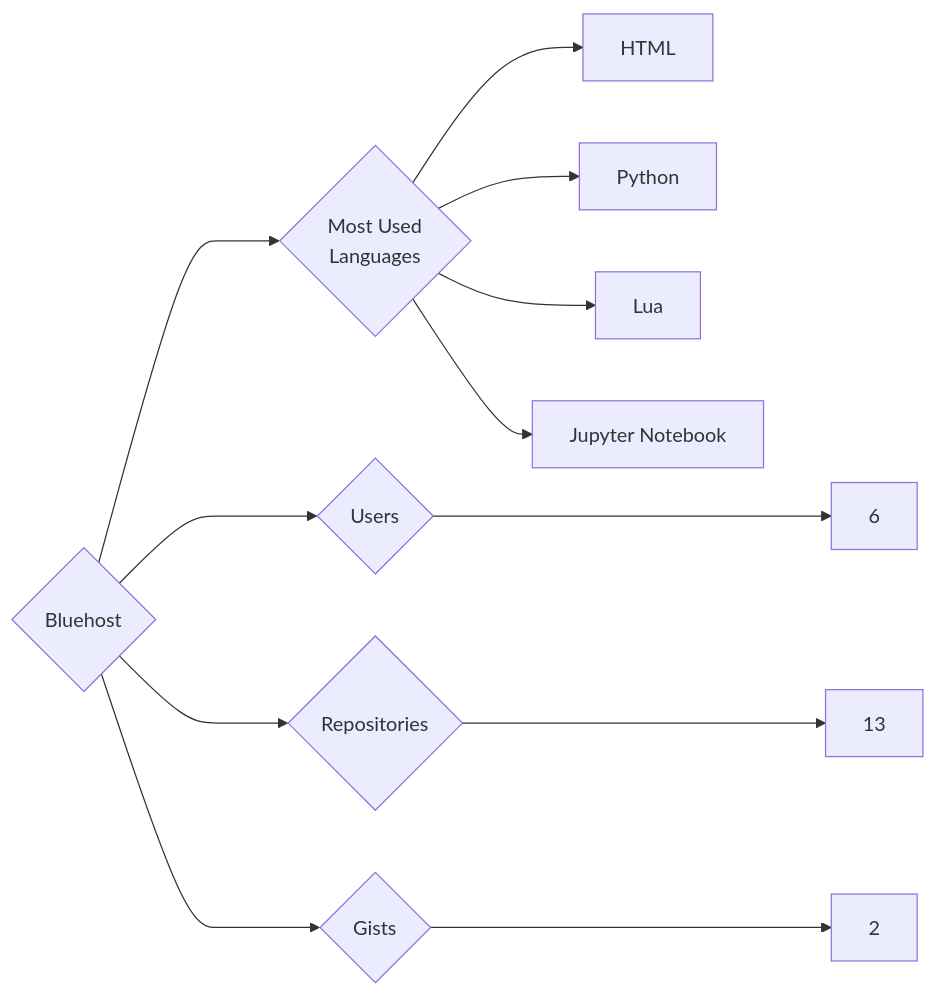
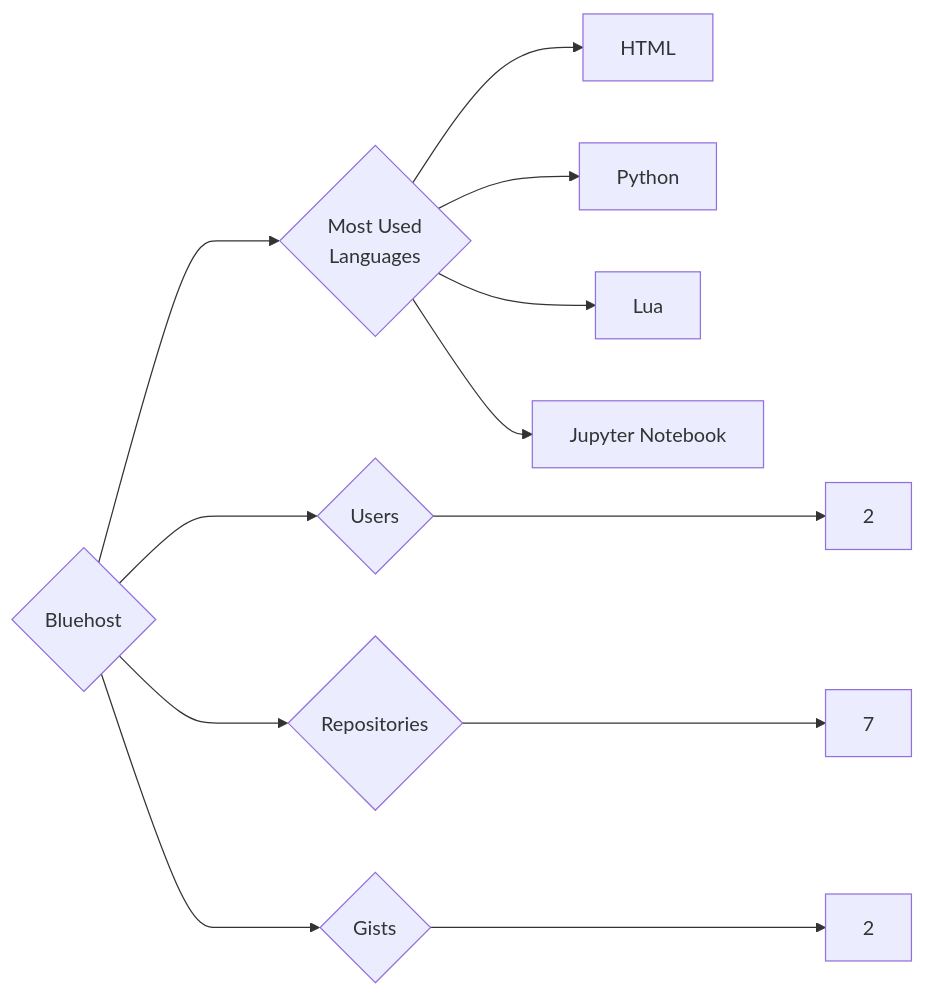
The diagram in targets/Bluehost/README.md (trickest/insiders), drawn with Mermaid before and after one commit. The commit also changed 1084 other files, not shown here.

````diff
--- a/targets/Bluehost/README.md
+++ b/targets/Bluehost/README.md
@@ -3,12 +3,12 @@
 ```mermaid
 graph LR
 COMPANY_NAME{Bluehost}
-COMPANY_NAME ---> U{Users} ---> UN[6]
-COMPANY_NAME ---> R{Repositories} ---> RN[13]
+COMPANY_NAME ---> U{Users} ---> UN[2]
+COMPANY_NAME ---> R{Repositories} ---> RN[7]
 COMPANY_NAME ---> G{Gists} ---> GN[2]
 COMPANY_NAME ---> ML{Most Used<br>Languages}
 ML --> HTML[HTML]
 ML --> Python[Python]
 ML --> Lua[Lua]
 ML --> Jupyter_Notebook[Jupyter Notebook]
 ```
````
